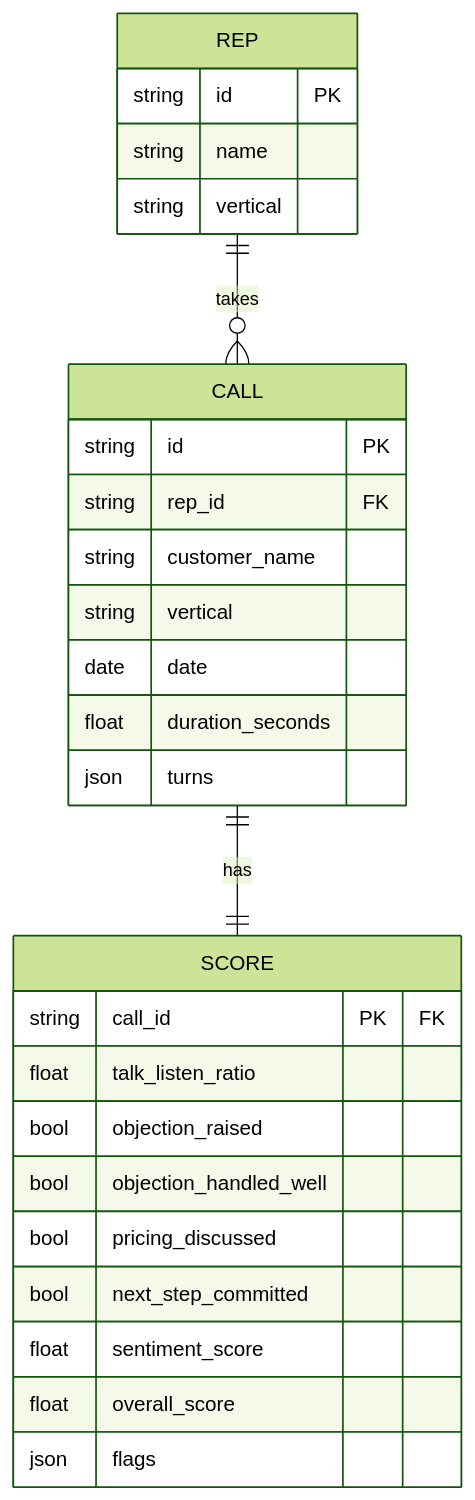
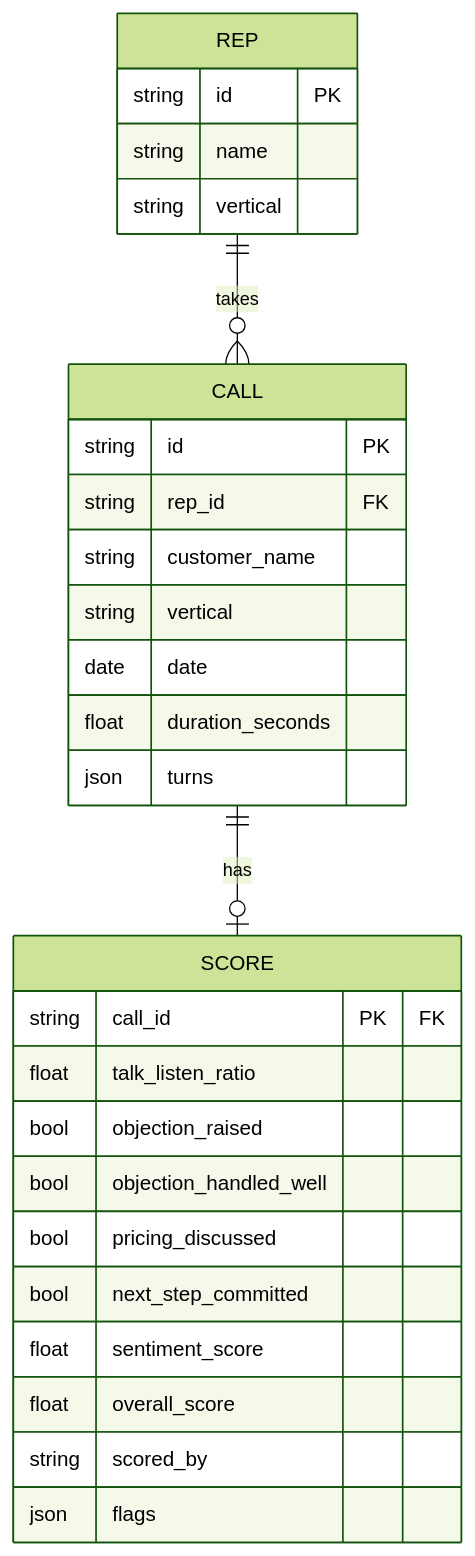
Before and after one commit to MikeQin/sd-prep: the diagram in design/diagrams/data-model.mmd, drawn with Mermaid (forest theme). The commit also changed 2 other files, not shown here.

First paragraph of the commit message:
docs: fold system-design review findings into architecture doc + diagrams
Independent review of the reference system design surfaced 7 gaps
beyond the code-level bugs already fixed:

```diff
--- a/design/diagrams/data-model.mmd
+++ b/design/diagrams/data-model.mmd
@@ -1,29 +1,30 @@
 erDiagram
     REP ||--o{ CALL : takes
-    CALL ||--|| SCORE : has
+    CALL ||--o| SCORE : has
 
     REP {
         string id PK
         string name
         string vertical
     }
     CALL {
         string id PK
         string rep_id FK
         string customer_name
         string vertical
         date date
         float duration_seconds
         json turns
     }
     SCORE {
         string call_id PK "FK"
         float talk_listen_ratio
         bool objection_raised
         bool objection_handled_well
         bool pricing_discussed
         bool next_step_committed
         float sentiment_score
         float overall_score
+        string scored_by
         json flags
     }
```
